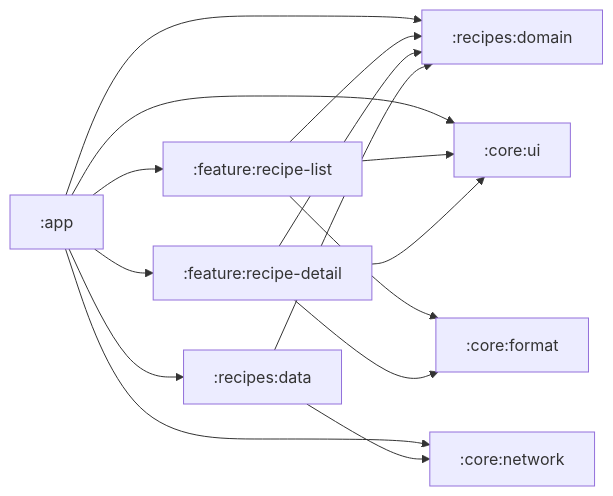
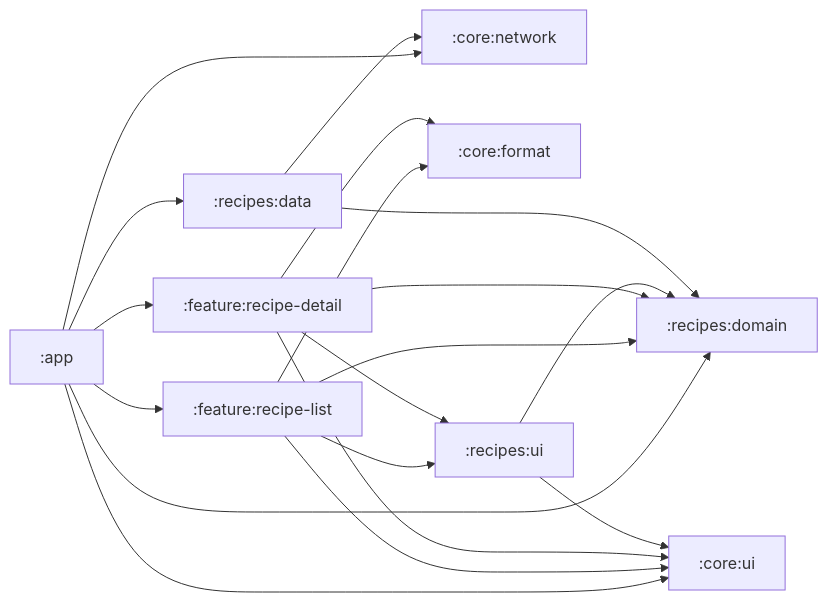
One commit to railsonrsa/recipes-android changed the second of 3 diagrams in README.md. Above: the diagram before and after it, drawn with Mermaid. The commit also changed other lines of this file and 4 other files, not shown here.

````diff
--- a/README.md
+++ b/README.md
@@ -80,17 +80,21 @@
 ```mermaid
 flowchart LR
   app[":app"] --> list[":feature:recipe-list"]
   app --> detail[":feature:recipe-detail"]
   app --> data[":recipes:data"]
   app --> domain
   app --> ui
   app --> net
   list --> domain[":recipes:domain"]
   detail --> domain
   list --> ui[":core:ui"]
   detail --> ui
   list --> format[":core:format"]
   detail --> format
+  list --> rui[":recipes:ui"]
+  detail --> rui
+  rui --> domain
+  rui --> ui
   data --> domain
   data --> net[":core:network"]
 ```
````
